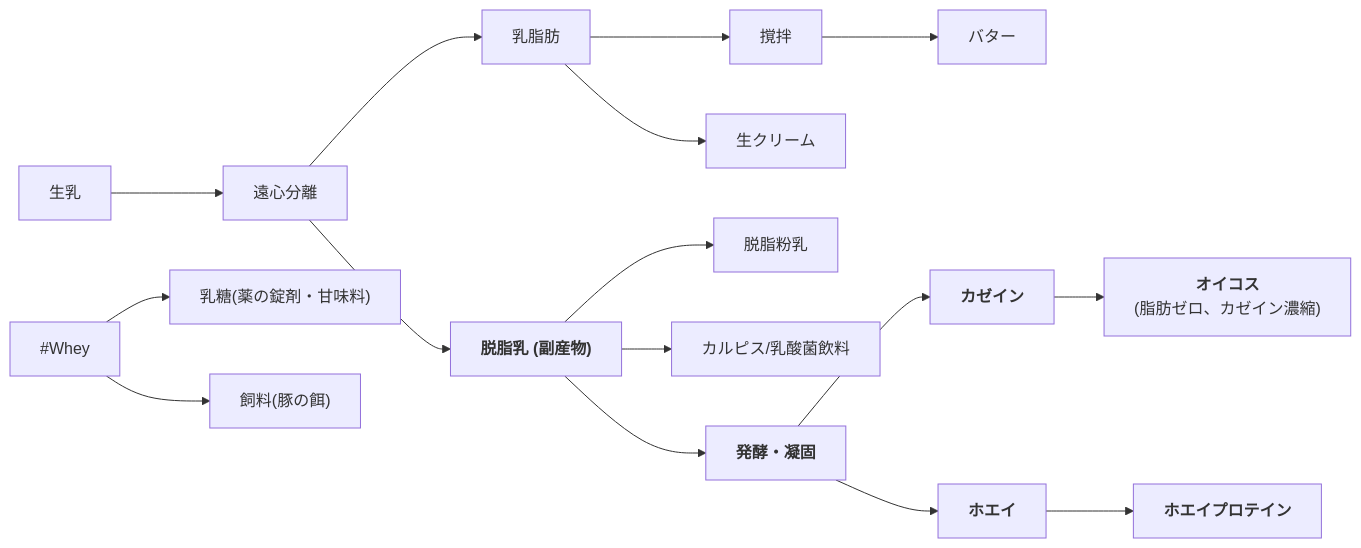
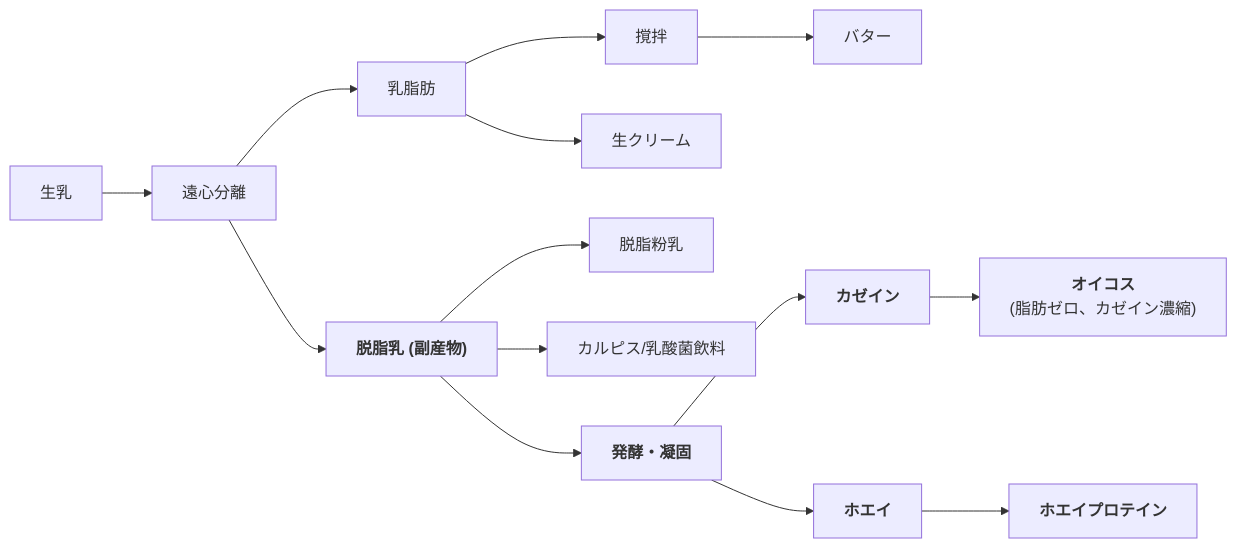
The first of 2 diagrams in README.md (ussyi-git/-), drawn with Mermaid before and after one commit.

````diff
--- a/README.md
+++ b/README.md
@@ -1,24 +1,23 @@
 ```mermaid
 graph LR
 Milk["生乳"]-->Separator["遠心分離"]
 %% --- クリーム側の流れ ---
 Separator-->Cream["乳脂肪"]
 Cream-->ButterProcess["撹拌"]
   Cream-->creamyProcess["生クリーム"]
 ButterProcess-->Butter["バター"]
 %% --- 脱脂乳側の流れ ---
 Separator-->SkimMilk["<b>脱脂乳 (副産物)</b>"]
 %% そのまま加工
 SkimMilk-->Powder["脱脂粉乳"]
 SkimMilk-->Calpis["カルピス/乳酸菌飲料"]
 %% 発酵プロセスへ
 SkimMilk-->Ferment["<b>発酵・凝固</b>"]
 %% 固形分（カゼイン）の行方
 Ferment-->Curd["<b>カゼイン</b>"]
 Curd-->Oikos["<b>オイコス</b><br>(脂肪ゼロ、カゼイン濃縮)"]
 %% 液体（ホエイ）の行方
 Ferment-->Whey["<b>ホエイ</b>"]
 Whey-->WPC_WPI["<b>ホエイプロテイン</b>"]
-#Whey-->Lactose["乳糖(薬の錠剤・甘味料)"]
-#Whey-->Cooking["飼料(豚の餌)"]
+
 ```
````
